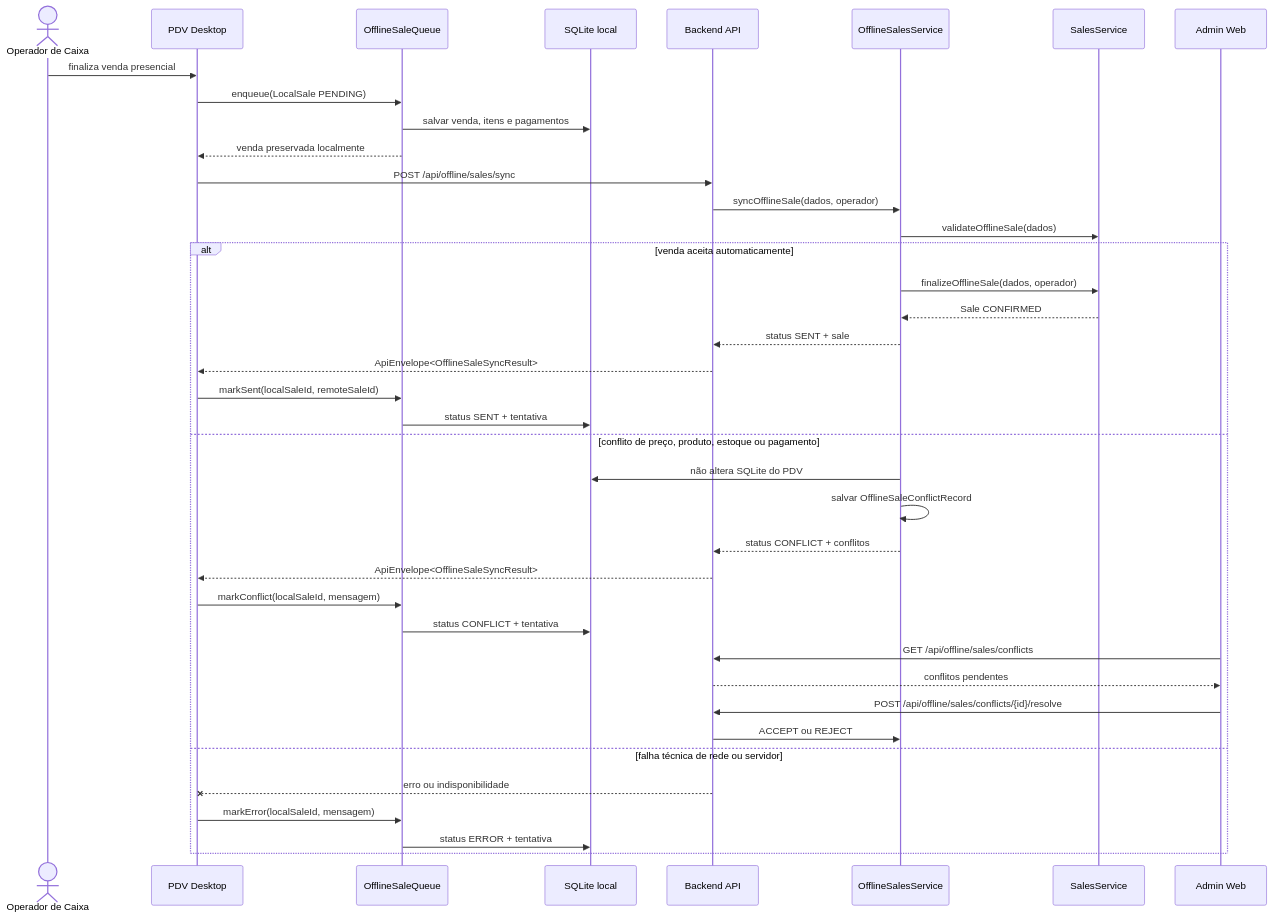
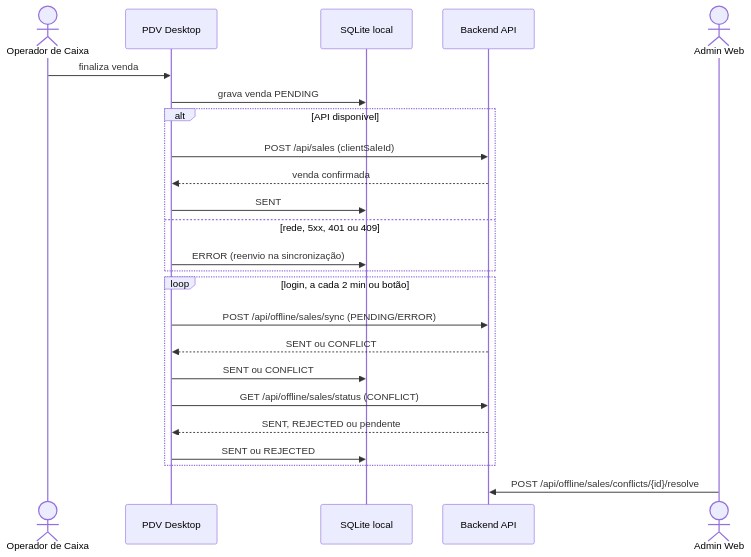
Before and after one commit to Fatech-Ypiranga/Mercado-One-Java: the seventh of 9 diagrams in docs/diagramas.md, drawn with Mermaid. The commit also changed other lines of this file and 9 other files, not shown here.

````diff
--- a/docs/diagramas.md
+++ b/docs/diagramas.md
@@ -468,44 +468,27 @@
 ```mermaid
 sequenceDiagram
     actor Operador as Operador de Caixa
     participant Pdv as PDV Desktop
-    participant Queue as OfflineSaleQueue
     participant Sqlite as SQLite local
     participant Api as Backend API
-    participant Offline as OfflineSalesService
-    participant Sales as SalesService
-    participant Admin as Admin Web
+    actor Admin as Admin Web
 
-    Operador->>Pdv: finaliza venda presencial
-    Pdv->>Queue: enqueue(LocalSale PENDING)
-    Queue->>Sqlite: salvar venda, itens e pagamentos
-    Queue-->>Pdv: venda preservada localmente
-
-    Pdv->>Api: POST /api/offline/sales/sync
-    Api->>Offline: syncOfflineSale(dados, operador)
-    Offline->>Sales: validateOfflineSale(dados)
-
-    alt venda aceita automaticamente
-        Offline->>Sales: finalizeOfflineSale(dados, operador)
-        Sales-->>Offline: Sale CONFIRMED
-        Offline-->>Api: status SENT + sale
-        Api-->>Pdv: ApiEnvelope<OfflineSaleSyncResult>
-        Pdv->>Queue: markSent(localSaleId, remoteSaleId)
-        Queue->>Sqlite: status SENT + tentativa
-    else conflito de preço, produto, estoque ou pagamento
-        Offline->>Sqlite: não altera SQLite do PDV
-        Offline->>Offline: salvar OfflineSaleConflictRecord
-        Offline-->>Api: status CONFLICT + conflitos
-        Api-->>Pdv: ApiEnvelope<OfflineSaleSyncResult>
-        Pdv->>Queue: markConflict(localSaleId, mensagem)
-        Queue->>Sqlite: status CONFLICT + tentativa
-        Admin->>Api: GET /api/offline/sales/conflicts
-        Api-->>Admin: conflitos pendentes
-        Admin->>Api: POST /api/offline/sales/conflicts/{id}/resolve
-        Api->>Offline: ACCEPT ou REJECT
-    else falha técnica de rede ou servidor
-        Api--xPdv: erro ou indisponibilidade
-        Pdv->>Queue: markError(localSaleId, mensagem)
-        Queue->>Sqlite: status ERROR + tentativa
+    Operador->>Pdv: finaliza venda
+    Pdv->>Sqlite: grava venda PENDING
+    alt API disponível
+        Pdv->>Api: POST /api/sales (clientSaleId)
+        Api-->>Pdv: venda confirmada
+        Pdv->>Sqlite: SENT
+    else rede, 5xx, 401 ou 409
+        Pdv->>Sqlite: ERROR (reenvio na sincronização)
     end
+    loop login, a cada 2 min ou botão
+        Pdv->>Api: POST /api/offline/sales/sync (PENDING/ERROR)
+        Api-->>Pdv: SENT ou CONFLICT
+        Pdv->>Sqlite: SENT ou CONFLICT
+        Pdv->>Api: GET /api/offline/sales/status (CONFLICT)
+        Api-->>Pdv: SENT, REJECTED ou pendente
+        Pdv->>Sqlite: SENT ou REJECTED
+    end
+    Admin->>Api: POST /api/offline/sales/conflicts/{id}/resolve
 ```
````
